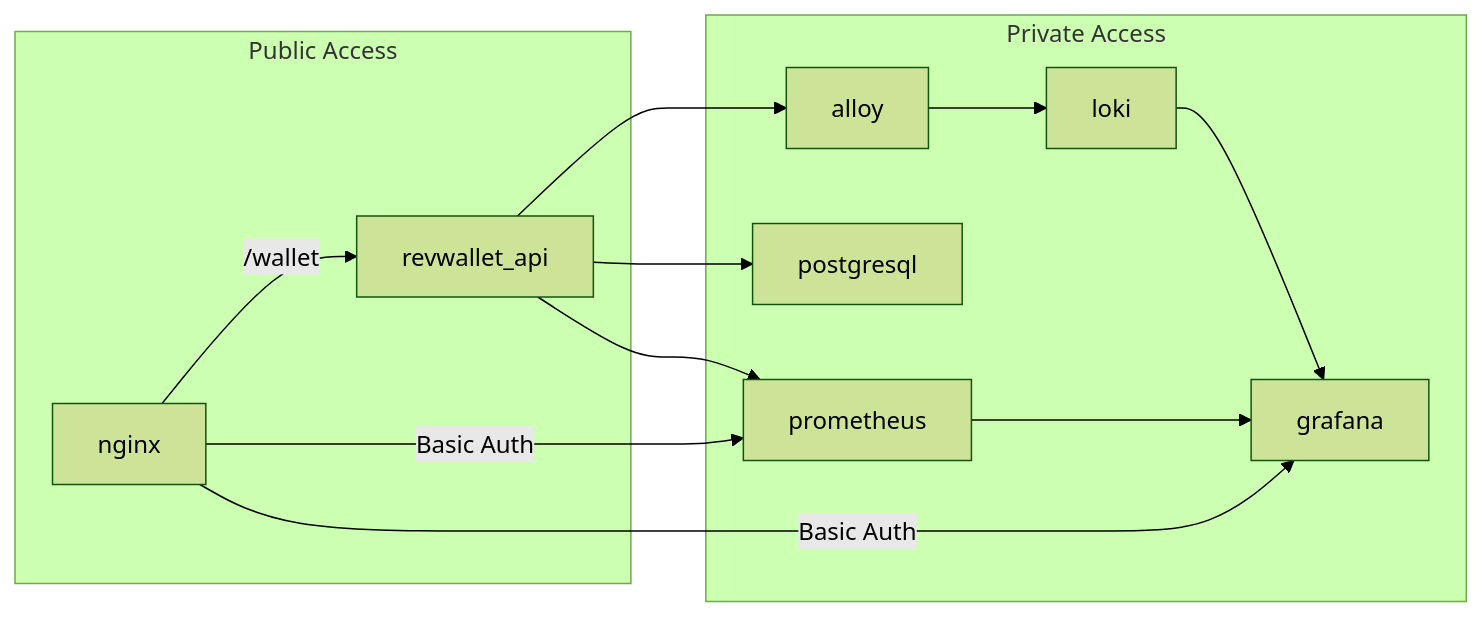
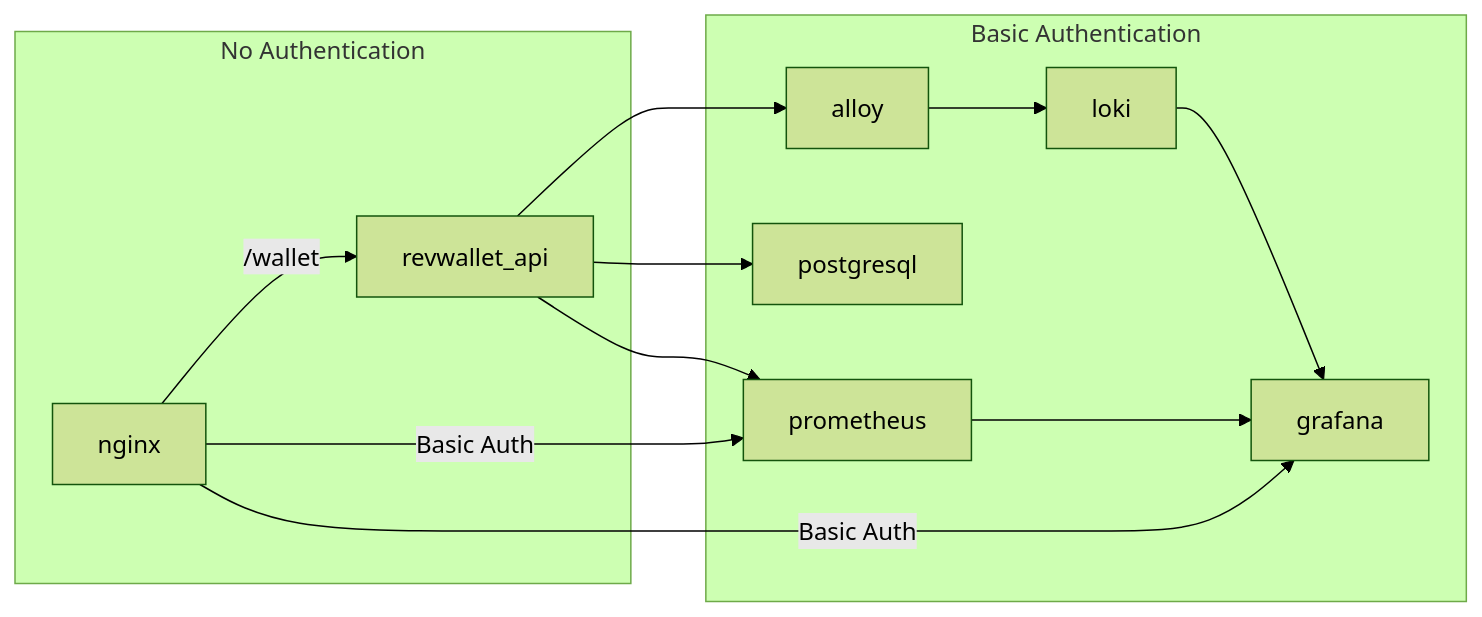
The diagram in README.md (arthurjguerra/revwallet), drawn with Mermaid (forest theme) before and after one commit.

Commit message:
feat: add arch diagram

````diff
--- a/README.md
+++ b/README.md
@@ -6,16 +6,16 @@
 ```mermaid
 flowchart LR
   nginx -- Basic Auth --> grafana
   nginx -- Basic Auth --> prometheus
-  subgraph Public Access
+  subgraph No Authentication
     nginx -- /wallet --> revwallet_api
   end
-  subgraph Private Access
+  subgraph Basic Authentication
     revwallet_api --> postgresql
     revwallet_api --> prometheus
     revwallet_api --> alloy
     prometheus --> grafana
     alloy --> loki
     loki --> grafana
   end
 ```
````
